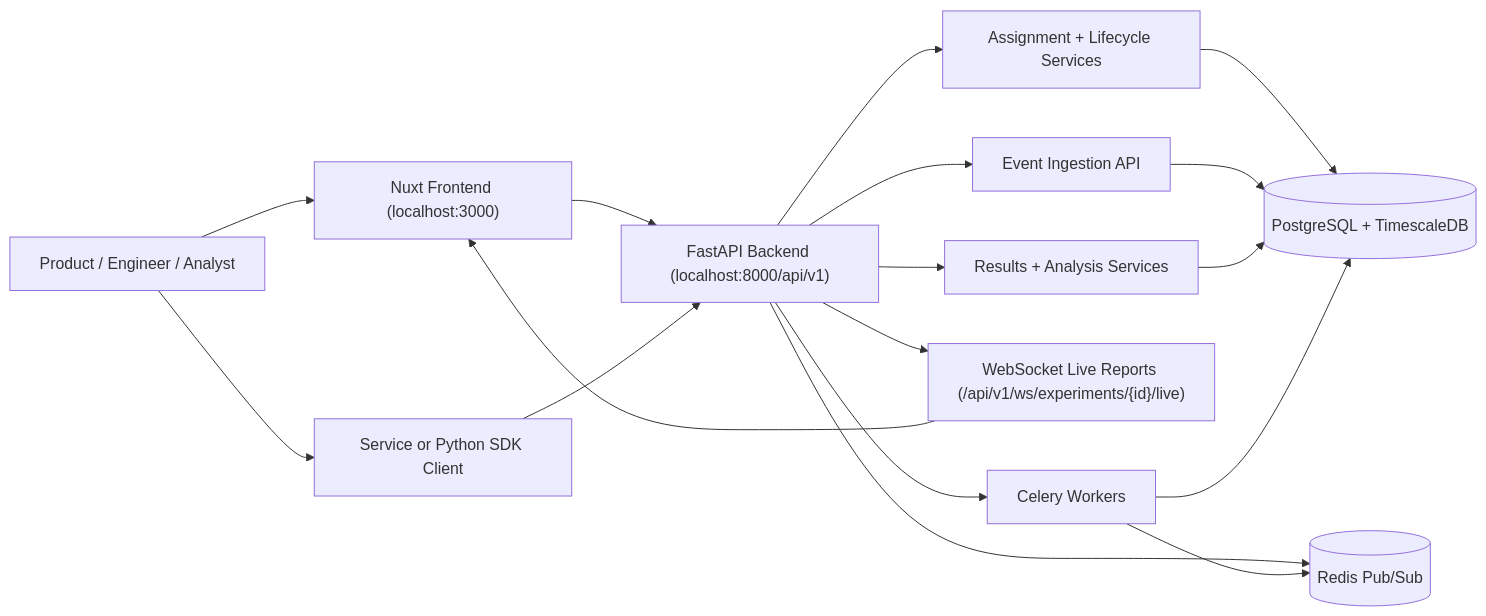
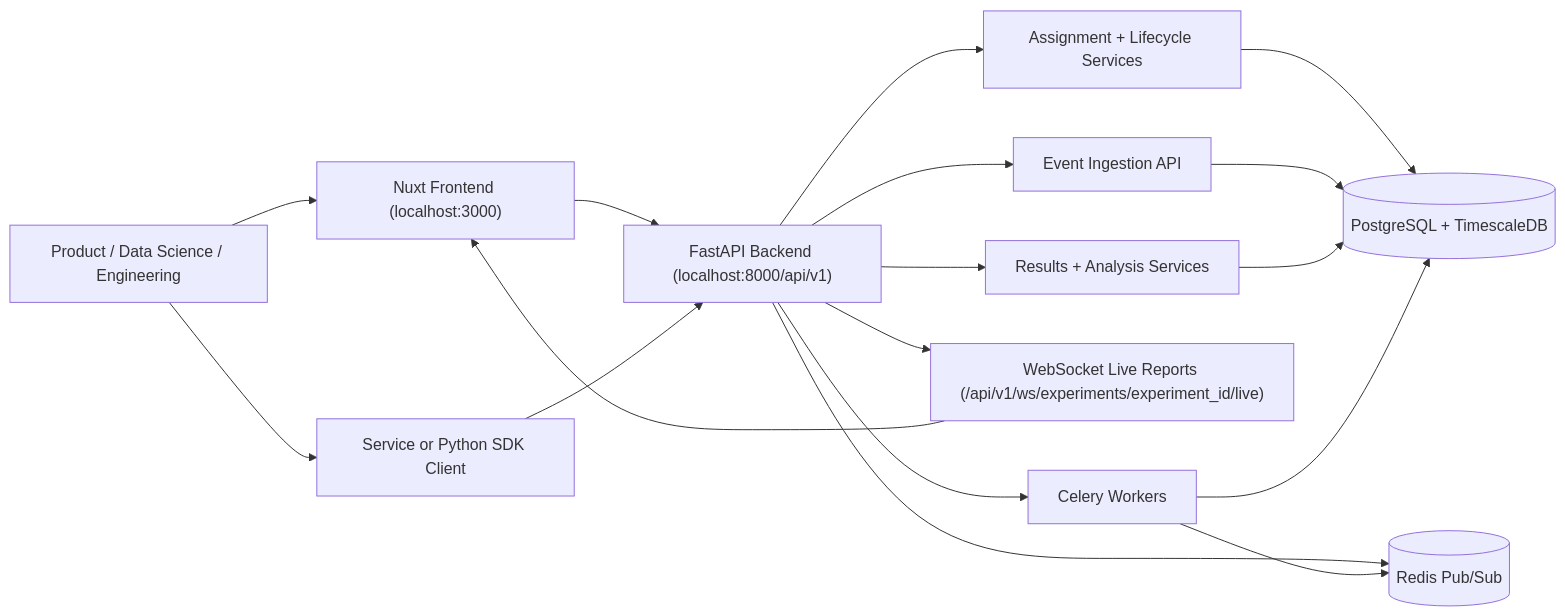
Before and after one commit to Tarbo/litmus-platform: the diagram in README.md, drawn with Mermaid. The commit also changed other lines of this file, not shown here.

Commit message:
docs(readme): rewrite for data scientist onboarding and plain-language flows

````diff
--- a/README.md
+++ b/README.md
@@ -61,24 +93,24 @@
 ```mermaid
 flowchart LR
-    User["Product / Engineer / Analyst"] --> UI["Nuxt Frontend (localhost:3000)"]
+    User["Product / Data Science / Engineering"] --> UI["Nuxt Frontend (localhost:3000)"]
     User --> SDK["Service or Python SDK Client"]
 
     UI --> API["FastAPI Backend (localhost:8000/api/v1)"]
     SDK --> API
 
     API --> Assign["Assignment + Lifecycle Services"]
     API --> Events["Event Ingestion API"]
     API --> Results["Results + Analysis Services"]
 
     Assign --> DB[("PostgreSQL + TimescaleDB")]
     Events --> DB
     Results --> DB
 
-    API --> WS["WebSocket Live Reports (/api/v1/ws/experiments/{id}/live)"]
+    API --> WS["WebSocket Live Reports (/api/v1/ws/experiments/experiment_id/live)"]
     WS --> UI
 
     API --> Redis[("Redis Pub/Sub")]
     API --> Workers["Celery Workers"]
     Workers --> Redis
     Workers --> DB
 ```
````
